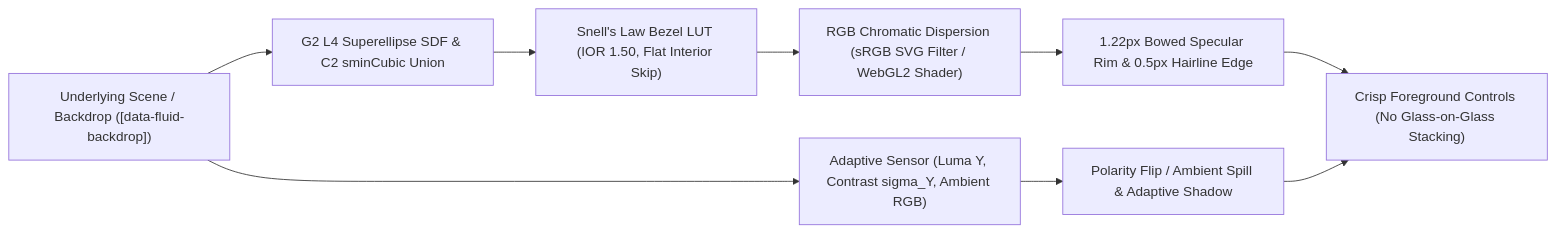
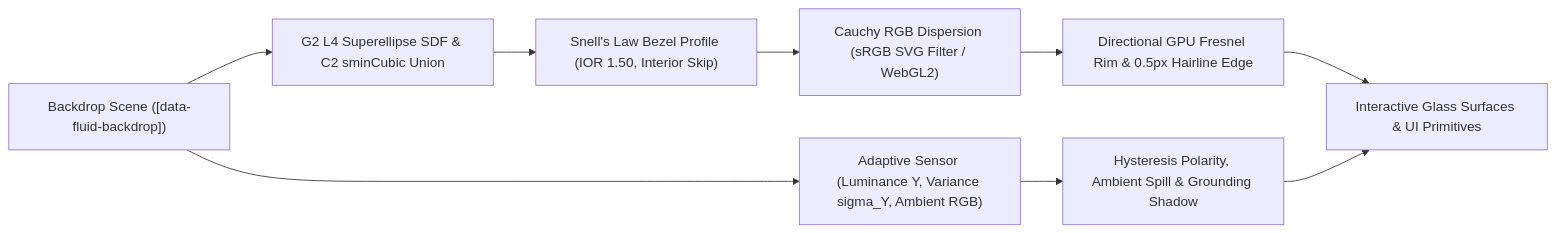
The diagram in README.md (kicode01/trueglass), drawn with Mermaid before and after one commit. The commit also changed other lines of this file and 3 other files, not shown here.

````diff
--- a/README.md
+++ b/README.md
@@ -46,11 +46,11 @@
 ```mermaid
 flowchart LR
-  BG["Underlying Scene / Backdrop ([data-fluid-backdrop])"] --> SDF["G2 L4 Superellipse SDF & C2 sminCubic Union"]
-  SDF --> LUT["Snell's Law Bezel LUT (IOR 1.50, Flat Interior Skip)"]
-  LUT --> DISP["RGB Chromatic Dispersion (sRGB SVG Filter / WebGL2 Shader)"]
-  BG --> SENSOR["Adaptive Sensor (Luma Y, Contrast sigma_Y, Ambient RGB)"]
-  SENSOR --> POLARITY["Polarity Flip / Ambient Spill & Adaptive Shadow"]
-  DISP --> RIM["1.22px Bowed Specular Rim & 0.5px Hairline Edge"]
-  RIM --> OUT["Crisp Foreground Controls (No Glass-on-Glass Stacking)"]
+  BG["Backdrop Scene ([data-fluid-backdrop])"] --> SDF["G2 L4 Superellipse SDF & C2 sminCubic Union"]
+  SDF --> LUT["Snell's Law Bezel Profile (IOR 1.50, Interior Skip)"]
+  LUT --> DISP["Cauchy RGB Dispersion (sRGB SVG Filter / WebGL2)"]
+  BG --> SENSOR["Adaptive Sensor (Luminance Y, Variance sigma_Y, Ambient RGB)"]
+  SENSOR --> POLARITY["Hysteresis Polarity, Ambient Spill & Grounding Shadow"]
+  DISP --> RIM["Directional GPU Fresnel Rim & 0.5px Hairline Edge"]
+  RIM --> OUT["Interactive Glass Surfaces & UI Primitives"]
   POLARITY --> OUT
 ```
````
